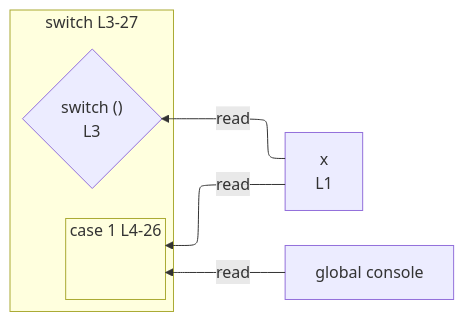
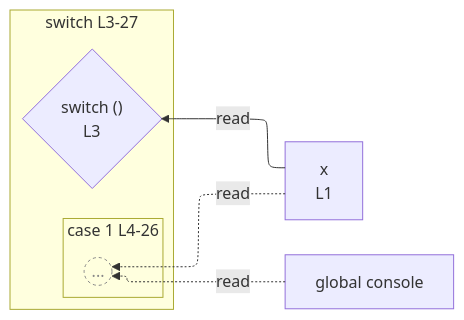
The diagram in integration/fixtures/app-behavior/depth/switch/depth-1/preview.md (crescware/unsnarl), drawn with Mermaid before and after one commit. The commit also changed 72 other files, not shown here.

First line of the commit message:
Render anonymous collapsed scopes as a BeyondDepth `((...))` stub

````diff
--- a/integration/fixtures/app-behavior/depth/switch/depth-1/preview.md
+++ b/integration/fixtures/app-behavior/depth/switch/depth-1/preview.md
@@ -37,19 +37,19 @@
 ```mermaid
 %%{init: {"flowchart": {"defaultRenderer": "elk"}}}%%
 flowchart RL
   n_scope_0_x_6["x<br/>L1"]
   n_scope_0_console_296["global console"]
   subgraph s_scope_1["switch L3-27"]
     direction RL
     switch_discriminant_scope_0_14{"switch ()<br/>L3"}
     subgraph s_scope_2["case 1 L4-26"]
       direction RL
-      elk_empty_s_scope_2[" "]
+      beyond_depth_s_scope_2((...))
     end
   end
   n_scope_0_x_6 -->|read| switch_discriminant_scope_0_14
-  n_scope_0_x_6 -->|read| s_scope_2
-  n_scope_0_console_296 -->|read| s_scope_2
-  classDef elkEmptyPlaceholder fill:transparent,stroke:transparent,color:transparent;
-  class elk_empty_s_scope_2 elkEmptyPlaceholder;
+  n_scope_0_x_6 -.->|read| beyond_depth_s_scope_2
+  n_scope_0_console_296 -.->|read| beyond_depth_s_scope_2
+  classDef boundaryStub fill:transparent,stroke:#888,stroke-dasharray:3 3,color:#888;
+  class beyond_depth_s_scope_2 boundaryStub;
 ```
````
